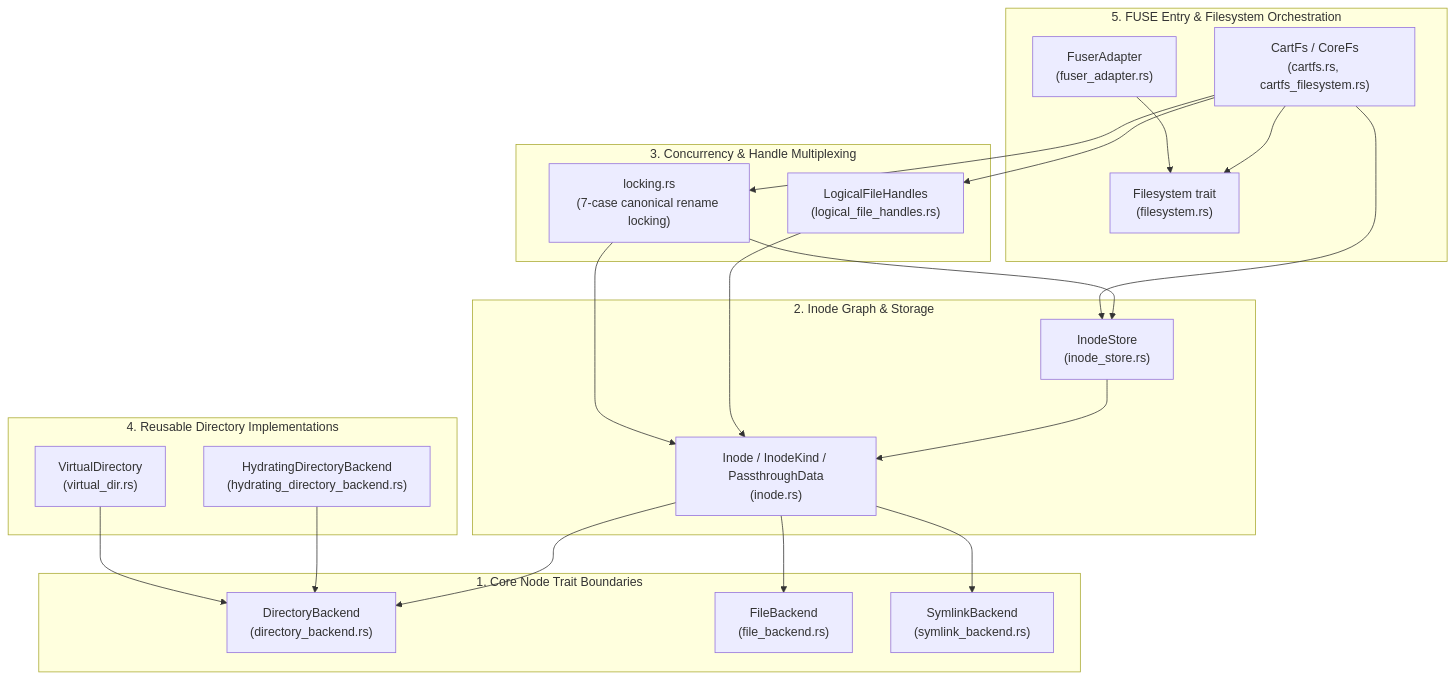
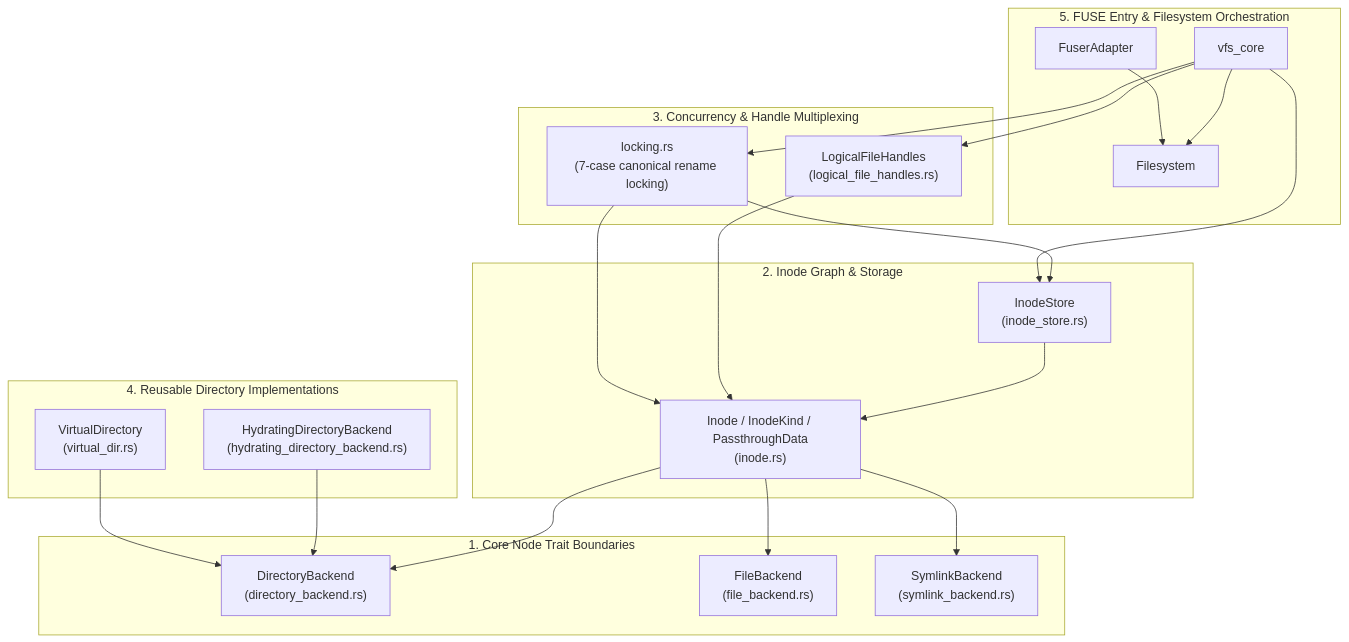
Before and after one commit to jj-vcs/jj-vfs: the diagram in src/core_vfs/README.md, drawn with Mermaid. The commit also changed other lines of this file, not shown here.

Commit message:
Remove somea leaming CartFs details.

````diff
--- a/src/core_vfs/README.md
+++ b/src/core_vfs/README.md
@@ -30,44 +32,44 @@
 ```mermaid
 flowchart TB
   subgraph Layer5["5. FUSE Entry & Filesystem Orchestration"]
-    Fuser["FuserAdapter<br/>(fuser_adapter.rs)"]
-    FsTrait["Filesystem trait<br/>(filesystem.rs)"]
-    CoreFs["CartFs / CoreFs<br/>(cartfs.rs, cartfs_filesystem.rs)"]
+    Fuser["FuserAdapter"]
+    FsTrait["Filesystem"]
+    CoreFs["vfs_core"]
   end
 
   subgraph Layer4["4. Reusable Directory Implementations"]
     VDir["VirtualDirectory<br/>(virtual_dir.rs)"]
     Hydrate["HydratingDirectoryBackend<br/>(hydrating_directory_backend.rs)"]
   end
 
   subgraph Layer3["3. Concurrency & Handle Multiplexing"]
     Locking["locking.rs<br/>(7-case canonical rename locking)"]
     Handles["LogicalFileHandles<br/>(logical_file_handles.rs)"]
   end
 
   subgraph Layer2["2. Inode Graph & Storage"]
     Inode["Inode / InodeKind / PassthroughData<br/>(inode.rs)"]
     Store["InodeStore<br/>(inode_store.rs)"]
   end
 
   subgraph Layer1["1. Core Node Trait Boundaries"]
     DirT["DirectoryBackend<br/>(directory_backend.rs)"]
     FileT["FileBackend<br/>(file_backend.rs)"]
     SymT["SymlinkBackend<br/>(symlink_backend.rs)"]
   end
 
   Fuser --> FsTrait
   CoreFs --> FsTrait
   CoreFs --> Locking
   CoreFs --> Handles
   CoreFs --> Store
   VDir --> DirT
   Hydrate --> DirT
   Locking --> Store
   Locking --> Inode
   Handles --> Inode
   Store --> Inode
   Inode --> DirT
   Inode --> FileT
   Inode --> SymT
 ```
````
